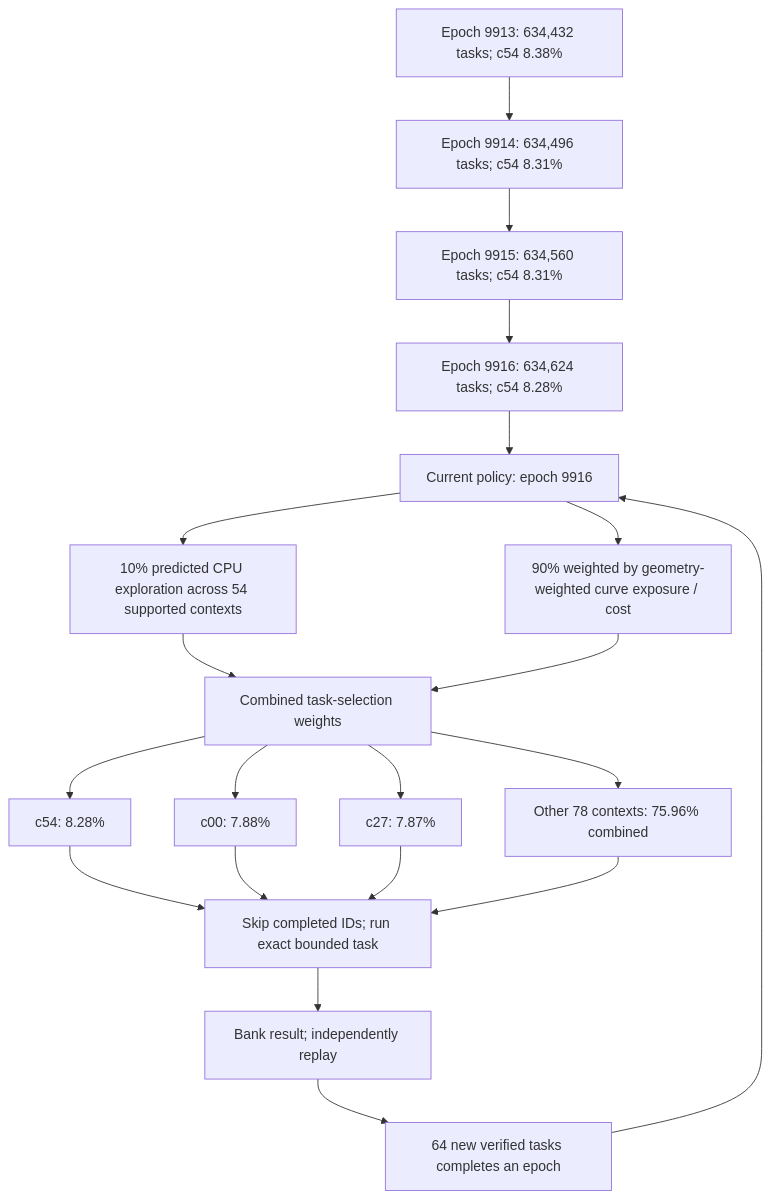
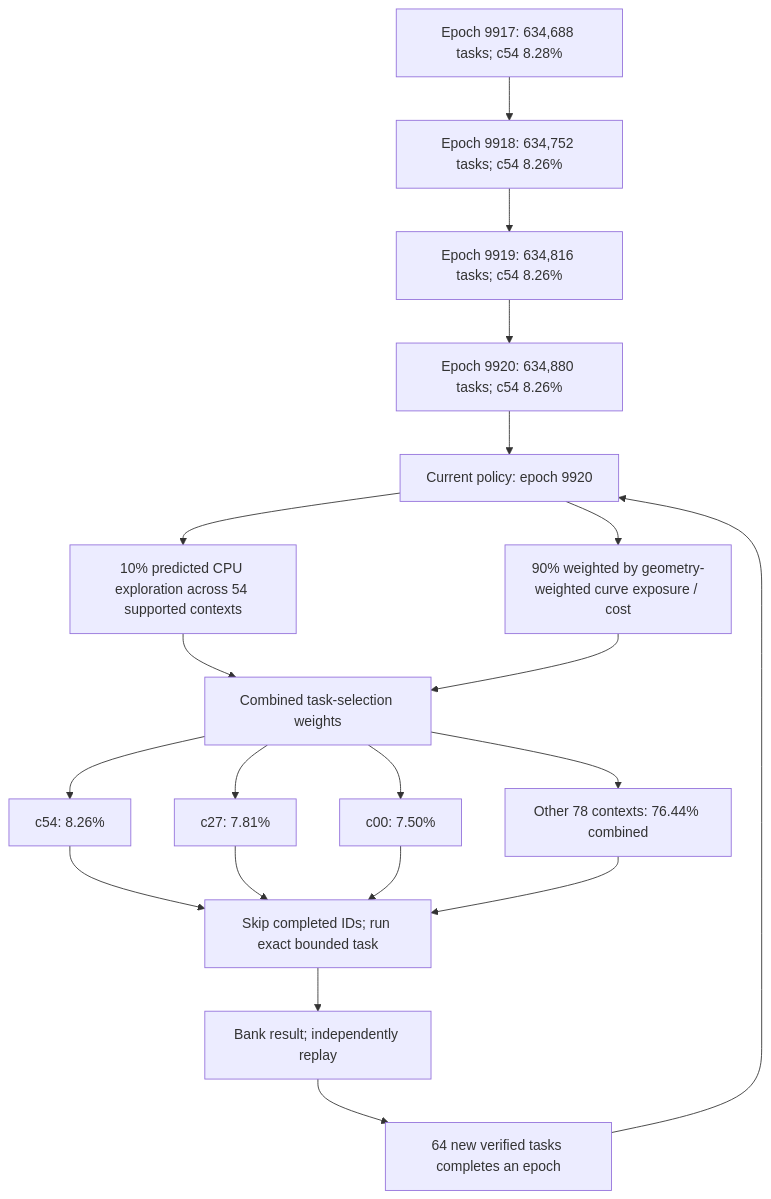
Before and after one commit to Kuberwastaken/math-gambling: the first of 4 diagrams in README.md, drawn with Mermaid. The commit also changed other lines of this file and 633 other files, not shown here.

````diff
--- a/README.md
+++ b/README.md
@@ -60,27 +60,27 @@
 ```mermaid
 flowchart TD
-    H0["Epoch 9913: 634,432 tasks; c54 8.38%"]
-    H1["Epoch 9914: 634,496 tasks; c54 8.31%"]
+    H0["Epoch 9917: 634,688 tasks; c54 8.28%"]
+    H1["Epoch 9918: 634,752 tasks; c54 8.26%"]
     H0 --> H1
-    H2["Epoch 9915: 634,560 tasks; c54 8.31%"]
+    H2["Epoch 9919: 634,816 tasks; c54 8.26%"]
     H1 --> H2
-    H3["Epoch 9916: 634,624 tasks; c54 8.28%"]
+    H3["Epoch 9920: 634,880 tasks; c54 8.26%"]
     H2 --> H3
-    Policy["Current policy: epoch 9916"]
+    Policy["Current policy: epoch 9920"]
     H3 --> Policy
     Policy --> Explore["10% predicted CPU exploration across 54 supported contexts"]
     Policy --> Cost["90% weighted by geometry-weighted curve exposure / cost"]
     Explore --> Mix["Combined task-selection weights"]
     Cost --> Mix
-    Mix --> C0["c54: 8.28%"]
-    Mix --> C1["c00: 7.88%"]
-    Mix --> C2["c27: 7.87%"]
-    Mix --> Rest["Other 78 contexts: 75.96% combined"]
+    Mix --> C0["c54: 8.26%"]
+    Mix --> C1["c27: 7.81%"]
+    Mix --> C2["c00: 7.50%"]
+    Mix --> Rest["Other 78 contexts: 76.44% combined"]
     C0 --> Check["Skip completed IDs; run exact bounded task"]
     C1 --> Check
     C2 --> Check
     Rest --> Check
     Check --> Replay["Bank result; independently replay"]
     Replay --> Gate["64 new verified tasks completes an epoch"]
     Gate --> Policy
 ```
````
